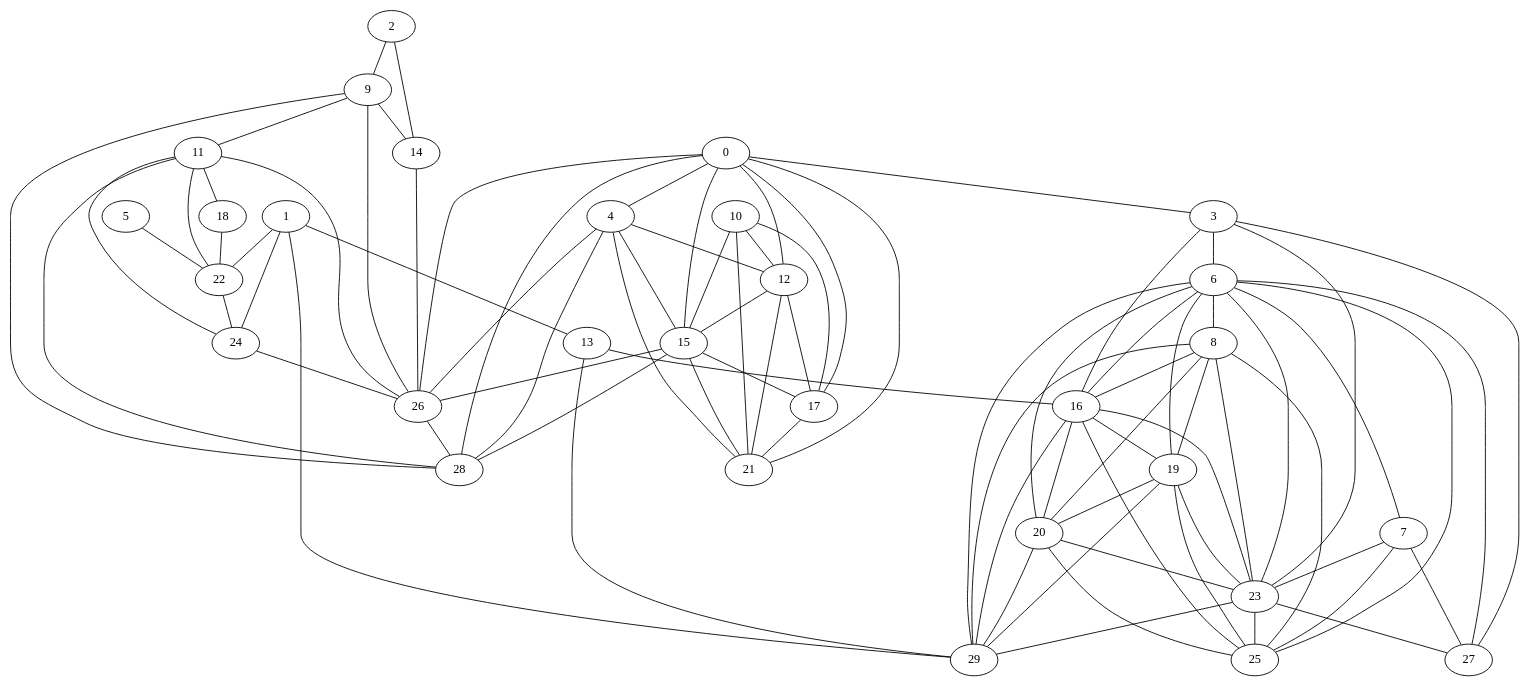
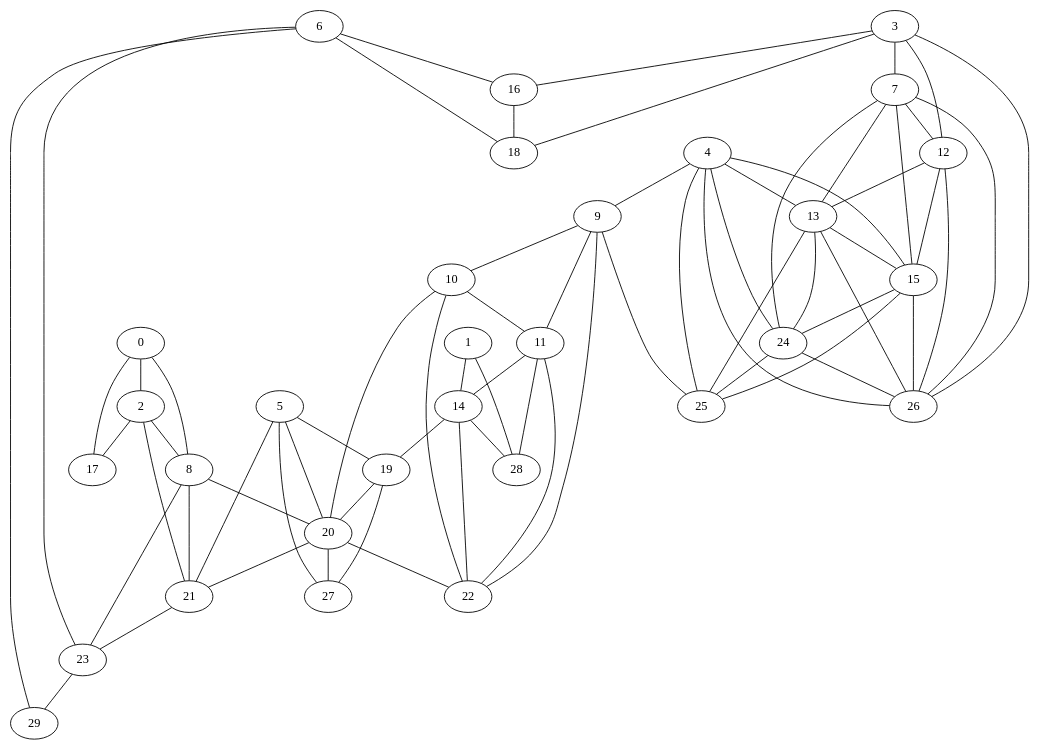
The diagram in gv/Geografico_Simple_30x0.8.gv (OmarAlejandroLinares/ProyectoDAA), drawn with Graphviz before and after one commit. The commit also changed 158 other files, not shown here.

```diff
--- a/gv/Geografico_Simple_30x0.8.gv
+++ b/gv/Geografico_Simple_30x0.8.gv
@@ -1,117 +1,100 @@
 graph {
 	0 [label=0]
 	1 [label=1]
 	2 [label=2]
 	3 [label=3]
 	4 [label=4]
 	5 [label=5]
 	6 [label=6]
 	7 [label=7]
 	8 [label=8]
 	9 [label=9]
 	10 [label=10]
 	11 [label=11]
 	12 [label=12]
 	13 [label=13]
 	14 [label=14]
 	15 [label=15]
 	16 [label=16]
 	17 [label=17]
 	18 [label=18]
 	19 [label=19]
 	20 [label=20]
 	21 [label=21]
 	22 [label=22]
 	23 [label=23]
 	24 [label=24]
 	25 [label=25]
 	26 [label=26]
 	27 [label=27]
 	28 [label=28]
 	29 [label=29]
-	0 -- 3
-	0 -- 4
-	0 -- 12
-	0 -- 15
+	0 -- 2
+	0 -- 8
 	0 -- 17
-	0 -- 21
-	0 -- 26
-	0 -- 28
-	1 -- 13
-	1 -- 22
-	1 -- 24
-	1 -- 29
-	2 -- 9
-	2 -- 14
-	3 -- 6
+	1 -- 14
+	1 -- 28
+	2 -- 8
+	2 -- 17
+	2 -- 21
+	3 -- 7
+	3 -- 12
 	3 -- 16
-	3 -- 23
-	3 -- 27
-	4 -- 12
+	3 -- 18
+	3 -- 26
+	4 -- 9
+	4 -- 13
 	4 -- 15
-	4 -- 21
+	4 -- 24
+	4 -- 25
 	4 -- 26
-	4 -- 28
-	5 -- 22
-	6 -- 7
-	6 -- 8
+	5 -- 19
+	5 -- 20
+	5 -- 21
+	5 -- 27
 	6 -- 16
-	6 -- 19
-	6 -- 20
+	6 -- 18
 	6 -- 23
-	6 -- 25
-	6 -- 27
 	6 -- 29
-	7 -- 23
-	7 -- 25
-	7 -- 27
-	8 -- 16
-	8 -- 19
+	7 -- 12
+	7 -- 13
+	7 -- 15
+	7 -- 24
+	7 -- 26
 	8 -- 20
+	8 -- 21
 	8 -- 23
-	8 -- 25
-	8 -- 29
+	9 -- 10
 	9 -- 11
-	9 -- 14
-	9 -- 26
-	9 -- 28
-	10 -- 12
-	10 -- 15
-	10 -- 17
-	10 -- 21
-	11 -- 18
+	9 -- 22
+	9 -- 25
+	10 -- 11
+	10 -- 20
+	10 -- 22
+	11 -- 14
 	11 -- 22
-	11 -- 24
-	11 -- 26
 	11 -- 28
+	12 -- 13
 	12 -- 15
-	12 -- 17
-	12 -- 21
-	13 -- 16
-	13 -- 29
-	14 -- 26
-	15 -- 17
-	15 -- 21
+	12 -- 26
+	13 -- 15
+	13 -- 24
+	13 -- 25
+	13 -- 26
+	14 -- 19
+	14 -- 22
+	14 -- 28
+	15 -- 24
+	15 -- 25
 	15 -- 26
-	15 -- 28
-	16 -- 19
-	16 -- 20
-	16 -- 23
-	16 -- 25
-	16 -- 29
-	17 -- 21
-	18 -- 22
+	16 -- 18
 	19 -- 20
-	19 -- 23
-	19 -- 25
-	19 -- 29
-	20 -- 23
-	20 -- 25
-	20 -- 29
-	22 -- 24
-	23 -- 25
-	23 -- 27
+	19 -- 27
+	20 -- 21
+	20 -- 22
+	20 -- 27
+	21 -- 23
 	23 -- 29
+	24 -- 25
 	24 -- 26
-	26 -- 28
 }
```
